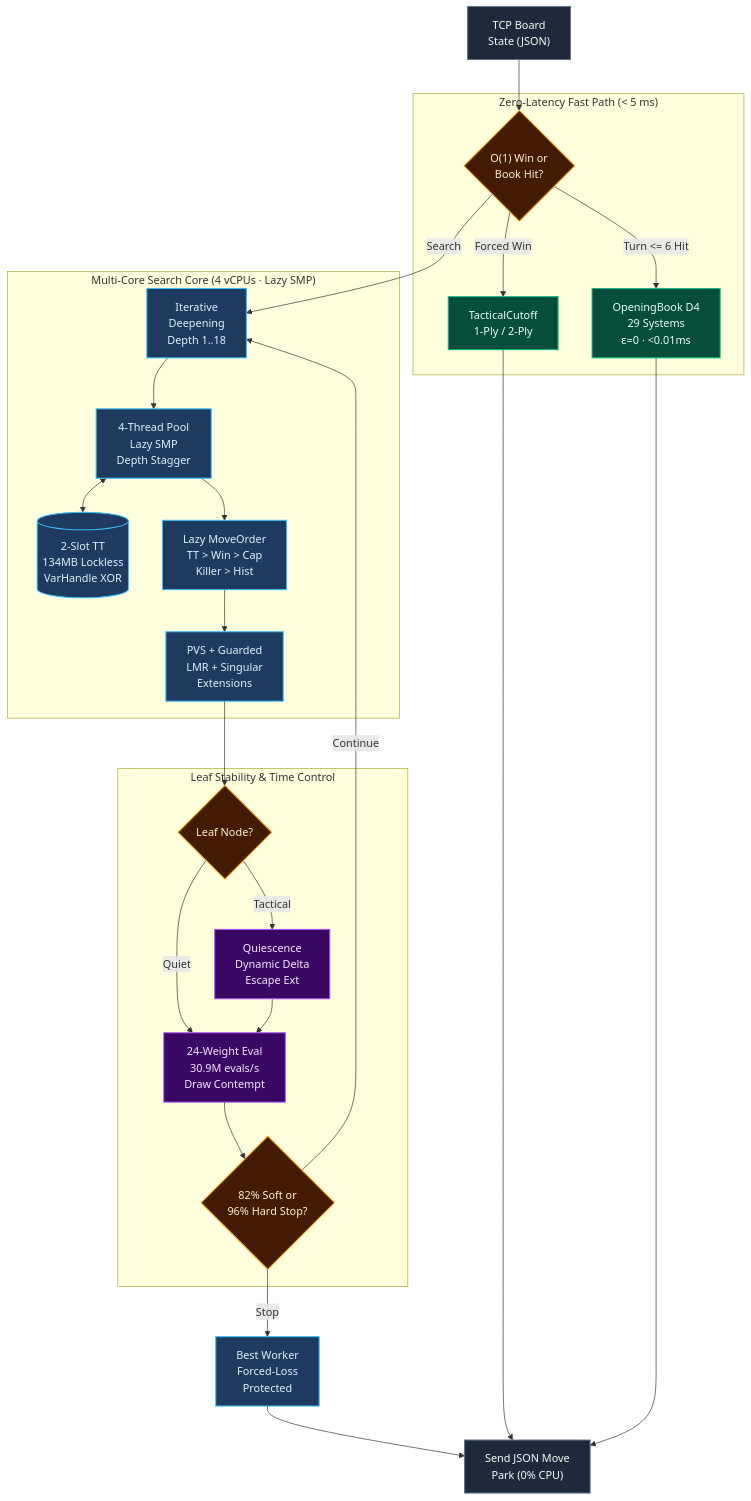
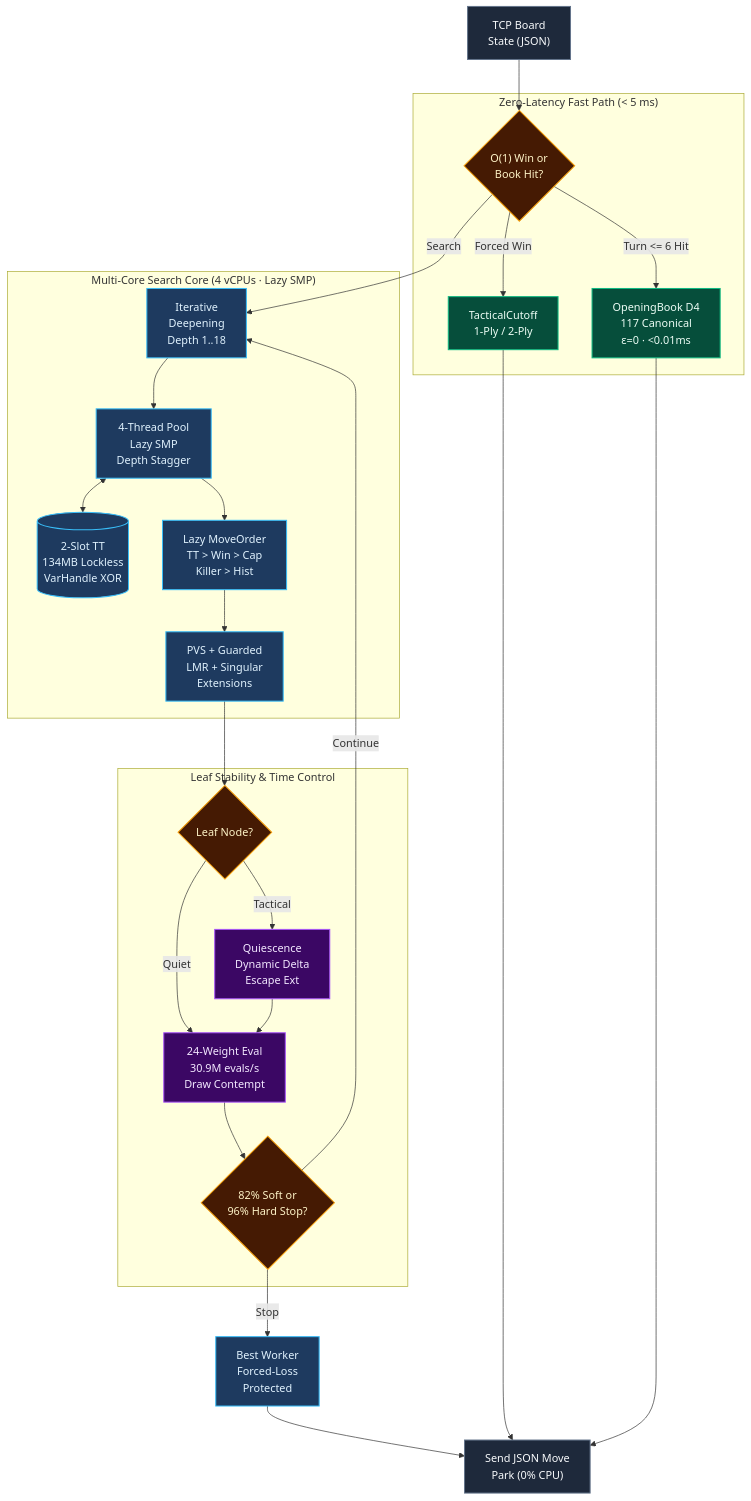
The diagram in README.md (MercuryDCD/Tablut-FundamentalsAIMASTER), drawn with Mermaid before and after one commit. The commit also changed other lines of this file and 10 other files, not shown here.

````diff
--- a/README.md
+++ b/README.md
@@ -40,42 +40,42 @@
 ```mermaid
 ---
 config:
   flowchart:
     wrappingWidth: 600
 ---
 flowchart TD
     classDef io fill:#1e293b,stroke:#64748b,color:#f8fafc,stroke-width:1.5px
     classDef fast fill:#064e3b,stroke:#10b981,color:#ecfdf5,stroke-width:1.5px
     classDef search fill:#1e3a5f,stroke:#38bdf8,color:#e0f2fe,stroke-width:1.5px
     classDef eval fill:#3b0764,stroke:#a855f7,color:#f3e8ff,stroke-width:1.5px
     classDef decision fill:#451a03,stroke:#f59e0b,color:#fef3c7,stroke-width:1.5px
 
     State["TCP Board\nState (JSON)"]:::io --> FastPath{"O(1) Win or\nBook Hit?"}:::decision
 
     subgraph Fast["Zero-Latency Fast Path (< 5 ms)"]
         FastPath -- "Forced Win" --> Cutoff["TacticalCutoff\n1-Ply / 2-Ply"]:::fast
-        FastPath -- "Turn <= 6 Hit" --> BookLookup["OpeningBook D4\n29 Systems\nε=0 · <0.01ms"]:::fast
+        FastPath -- "Turn <= 6 Hit" --> BookLookup["OpeningBook D4\n117 Canonical\nε=0 · <0.01ms"]:::fast
     end
 
     subgraph Core["Multi-Core Search Core (4 vCPUs · Lazy SMP)"]
         FastPath -- "Search" --> IDS["Iterative\nDeepening\nDepth 1..18"]:::search
         IDS --> SMP["4-Thread Pool\nLazy SMP\nDepth Stagger"]:::search
         SMP <--> TT[("2-Slot TT\n134MB Lockless\nVarHandle XOR")]:::search
         SMP --> MoveOrder["Lazy MoveOrder\nTT > Win > Cap\nKiller > Hist"]:::search
         MoveOrder --> PVS["PVS + Guarded\nLMR + Singular\nExtensions"]:::search
     end
 
     subgraph Leaf["Leaf Stability & Time Control"]
         PVS --> LeafCheck{"Leaf Node?"}:::decision
         LeafCheck -- "Tactical" --> Quiescence["Quiescence\nDynamic Delta\nEscape Ext"]:::eval
         LeafCheck -- "Quiet" --> Eval["24-Weight Eval\n30.9M evals/s\nDraw Contempt"]:::eval
         Quiescence --> Eval
         Eval --> TimeCheck{"82% Soft or\n96% Hard Stop?"}:::decision
     end
 
     TimeCheck -- "Continue" --> IDS
     TimeCheck -- "Stop" --> BestWorker["Best Worker\nForced-Loss\nProtected"]:::search
     BestWorker --> SendMove["Send JSON Move\nPark (0% CPU)"]:::io
     Cutoff --> SendMove
     BookLookup --> SendMove
 ```
````
